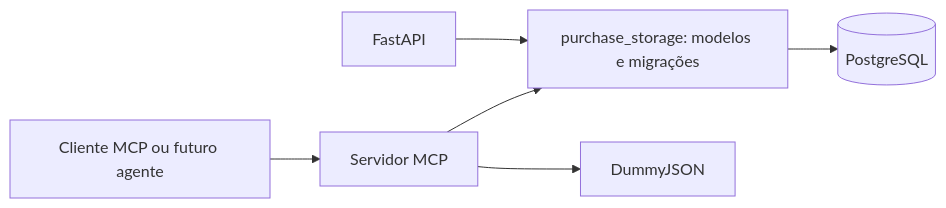
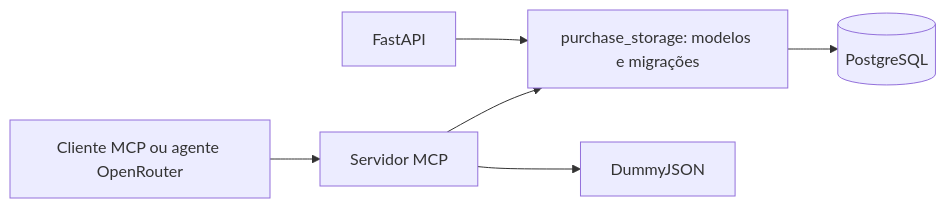
One commit to TrueAmanda/purchase-agent-mcp changed the second of 2 diagrams in README.md. Above: the diagram before and after it, drawn with Mermaid. The commit also changed other lines of this file and 27 other files, not shown here.

````diff
--- a/README.md
+++ b/README.md
@@ -384,8 +477,8 @@
 ```mermaid
 flowchart LR
     Backend[FastAPI] --> Storage[purchase_storage: modelos e migrações]
     MCP[Servidor MCP] --> Storage
     Storage --> PG[(PostgreSQL)]
     MCP --> API[DummyJSON]
-    Caller[Cliente MCP ou futuro agente] --> MCP
+    Caller[Cliente MCP ou agente OpenRouter] --> MCP
 ```
````
